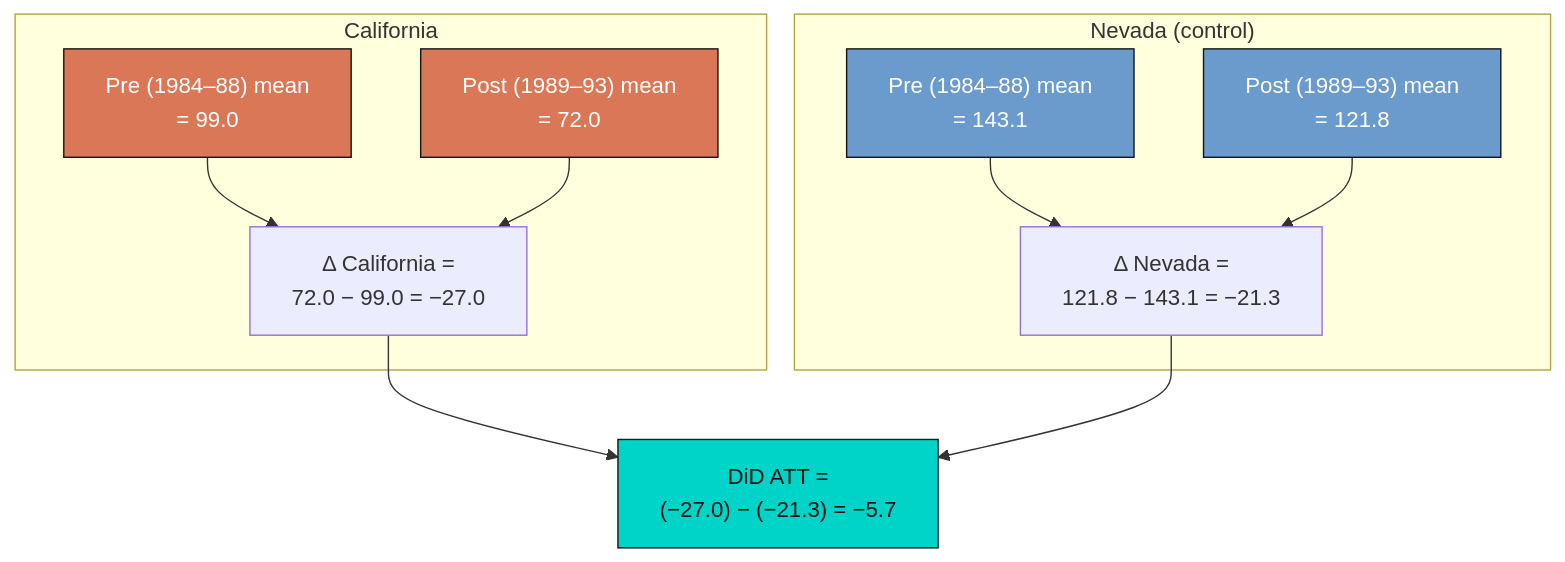
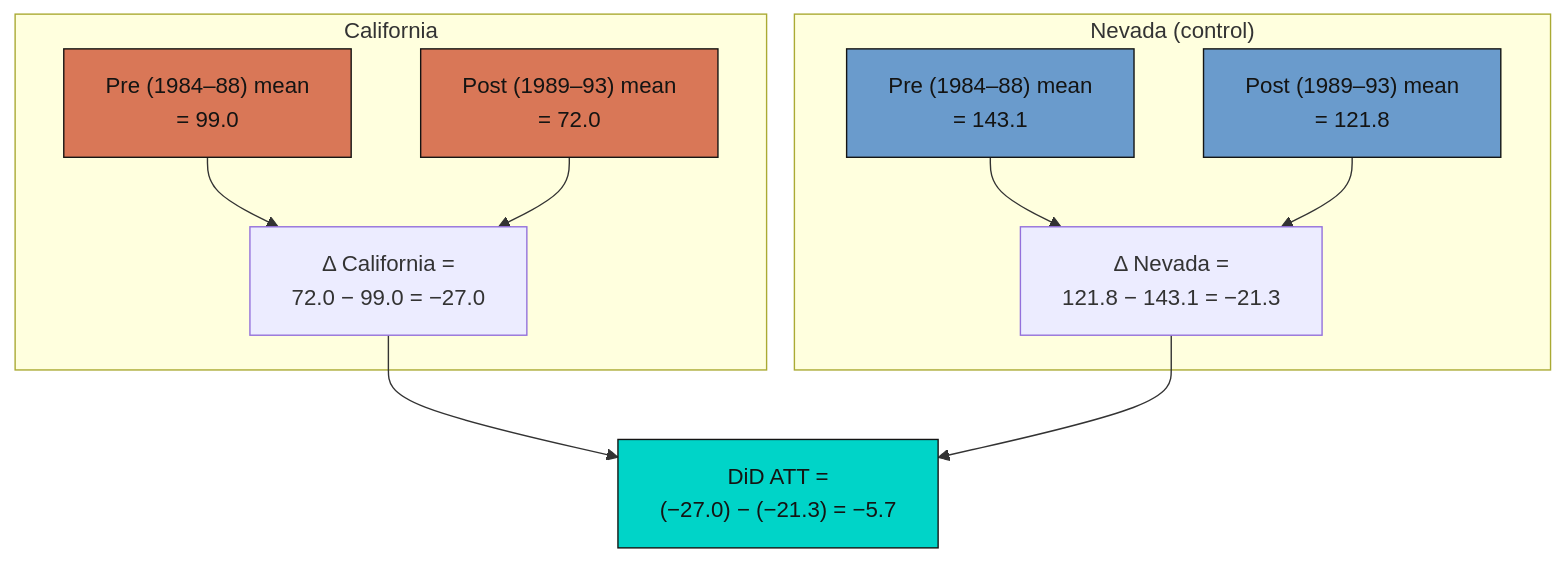
Before and after one commit to cmg777/starter-academic-v501: the third of 5 diagrams in content/post/r_causalpolicy_workshop/index.md, drawn with Mermaid. The commit also changed other lines of this file and 67 other files, not shown here.

First line of the commit message:
fix(mermaid): readable diagram text in both themes across the site

````diff
--- a/content/post/r_causalpolicy_workshop/index.md
+++ b/content/post/r_causalpolicy_workshop/index.md
@@ -632,19 +635,19 @@
 ```mermaid
 flowchart TB
     subgraph "California"
         CA_pre["Pre (1984–88) mean<br/>= 99.0"] --> CA_d["Δ California =<br/>72.0 − 99.0 = −27.0"]
         CA_post["Post (1989–93) mean<br/>= 72.0"] --> CA_d
     end
     subgraph "Nevada (control)"
         NV_pre["Pre (1984–88) mean<br/>= 143.1"] --> NV_d["Δ Nevada =<br/>121.8 − 143.1 = −21.3"]
         NV_post["Post (1989–93) mean<br/>= 121.8"] --> NV_d
     end
     CA_d --> DD["DiD ATT =<br/>(−27.0) − (−21.3) = −5.7"]
     NV_d --> DD
 
-    style CA_pre fill:#d97757,stroke:#141413,color:#fff
-    style CA_post fill:#d97757,stroke:#141413,color:#fff
-    style NV_pre fill:#6a9bcc,stroke:#141413,color:#fff
-    style NV_post fill:#6a9bcc,stroke:#141413,color:#fff
+    style CA_pre fill:#d97757,stroke:#141413,color:#141413
+    style CA_post fill:#d97757,stroke:#141413,color:#141413
+    style NV_pre fill:#6a9bcc,stroke:#141413,color:#141413
+    style NV_post fill:#6a9bcc,stroke:#141413,color:#141413
     style DD fill:#00d4c8,stroke:#141413,color:#141413
 ```
````
